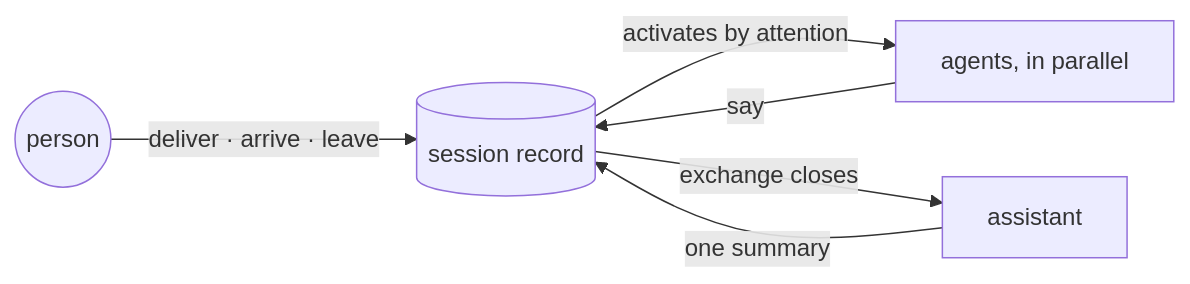
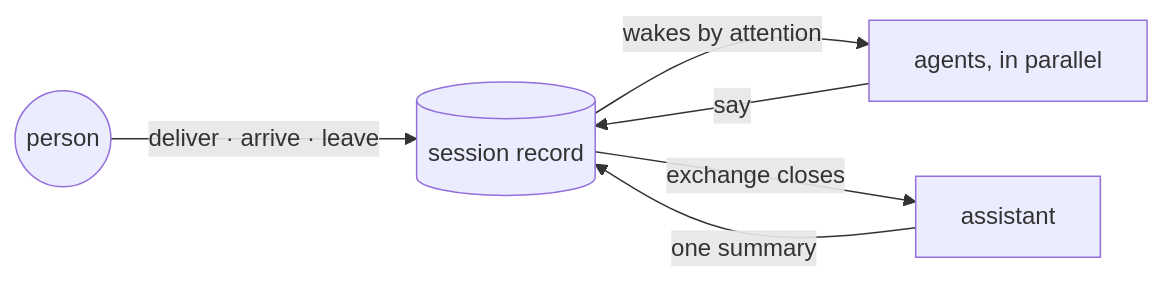
Before and after one commit to ambionframework/ambion: the diagram in README.md, drawn with Mermaid. The commit also changed other lines of this file and 1 other file, not shown here.

````diff
--- a/README.md
+++ b/README.md
@@ -53,8 +99,8 @@
 ```mermaid
 flowchart LR
     P((person)) -- "deliver · arrive · leave" --> R[(session record)]
-    R -- "activates by attention" --> A["agents, in parallel"]
+    R -- "wakes by attention" --> A["agents, in parallel"]
     A -- "say" --> R
     R -- "exchange closes" --> D[assistant]
     D -- "one summary" --> R
 ```
````
